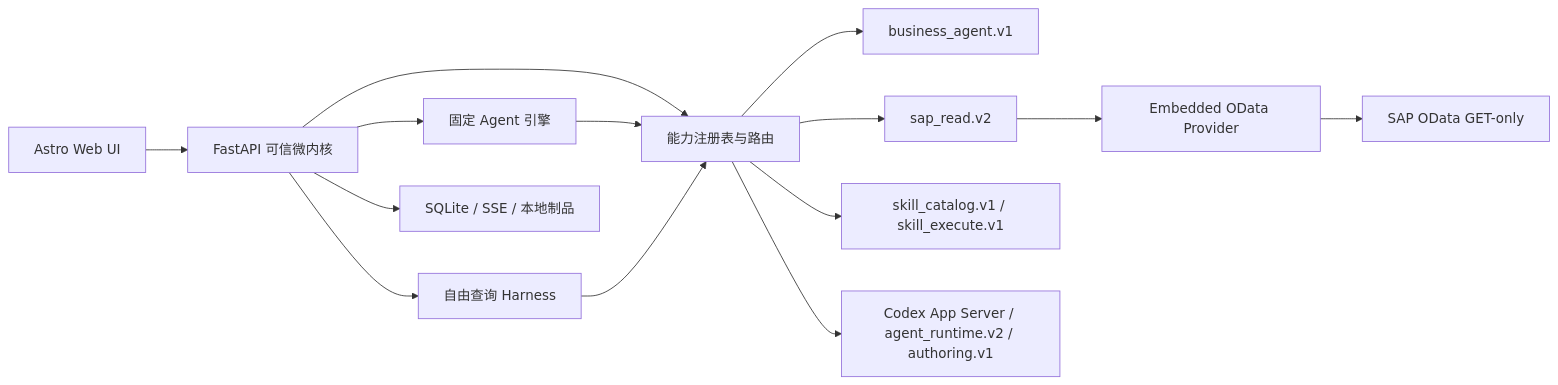
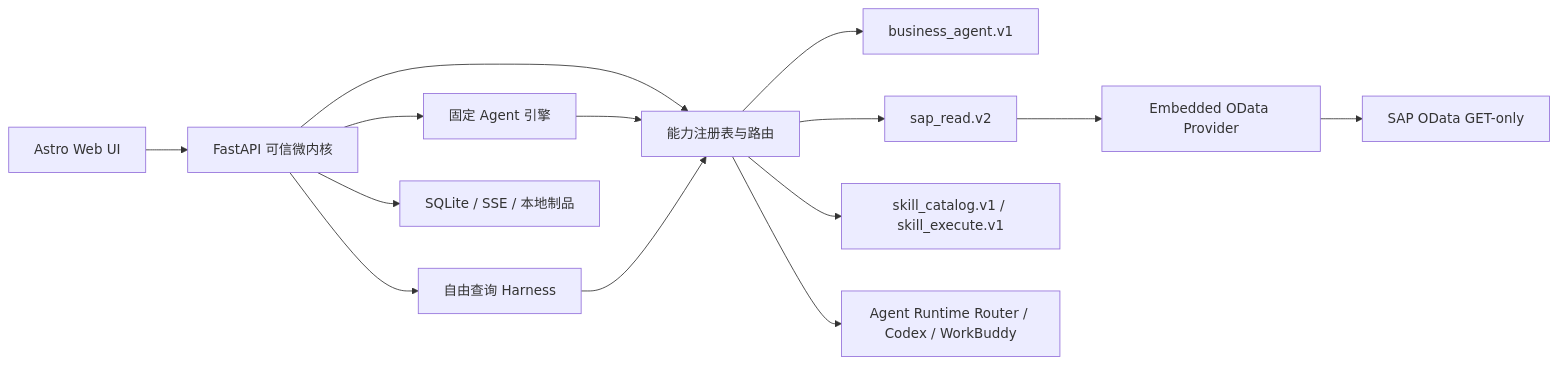
The diagram in README.md (yin-wen-bin/SAPBusinessAgents), drawn with Mermaid before and after one commit. The commit also changed other lines of this file and 26 other files, not shown here.

````diff
--- a/README.md
+++ b/README.md
@@ -101,16 +101,16 @@
 ```mermaid
 flowchart LR
     UI["Astro Web UI"] --> CORE["FastAPI 可信微内核"]
     CORE --> FIXED["固定 Agent 引擎"]
     CORE --> FREE["自由查询 Harness"]
     CORE --> BROKER["能力注册表与路由"]
     BROKER --> AGENT["business_agent.v1"]
     BROKER --> SAPREAD["sap_read.v2"]
     BROKER --> SKILL["skill_catalog.v1 / skill_execute.v1"]
-    BROKER --> CODEX["Codex App Server / agent_runtime.v2 / authoring.v1"]
+    BROKER --> RUNTIME["Agent Runtime Router / Codex / WorkBuddy"]
     FIXED --> BROKER
     FREE --> BROKER
     CORE --> DB["SQLite / SSE / 本地制品"]
     SAPREAD --> EMBEDDED["Embedded OData Provider"]
     EMBEDDED --> SAP["SAP OData GET-only"]
 ```
````
